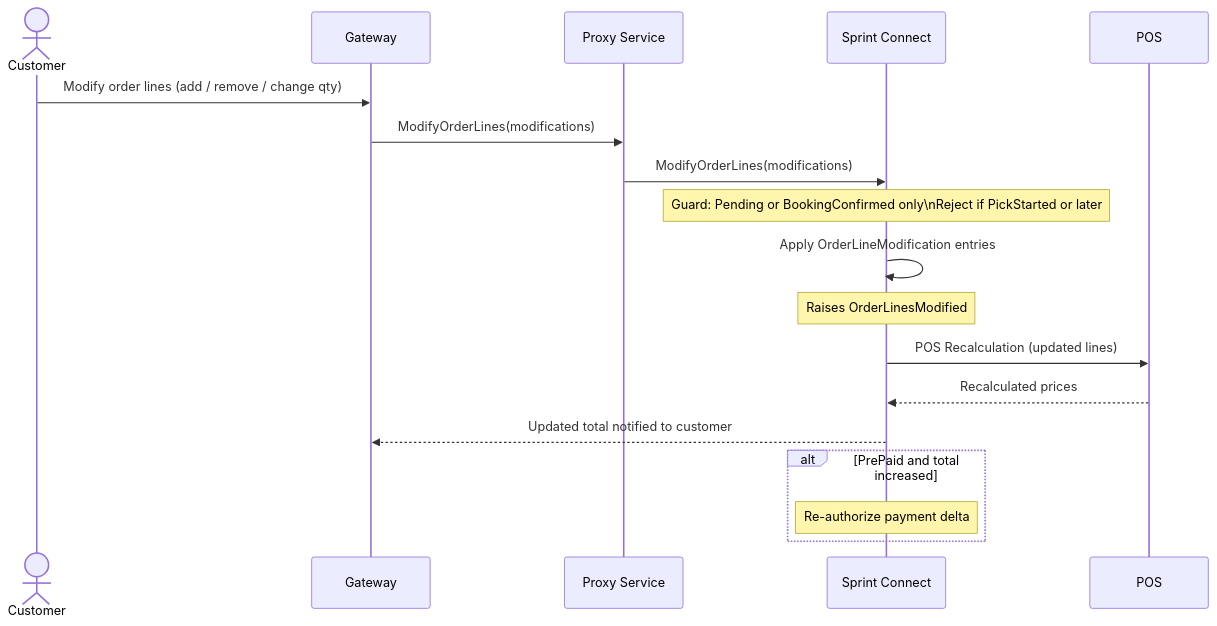
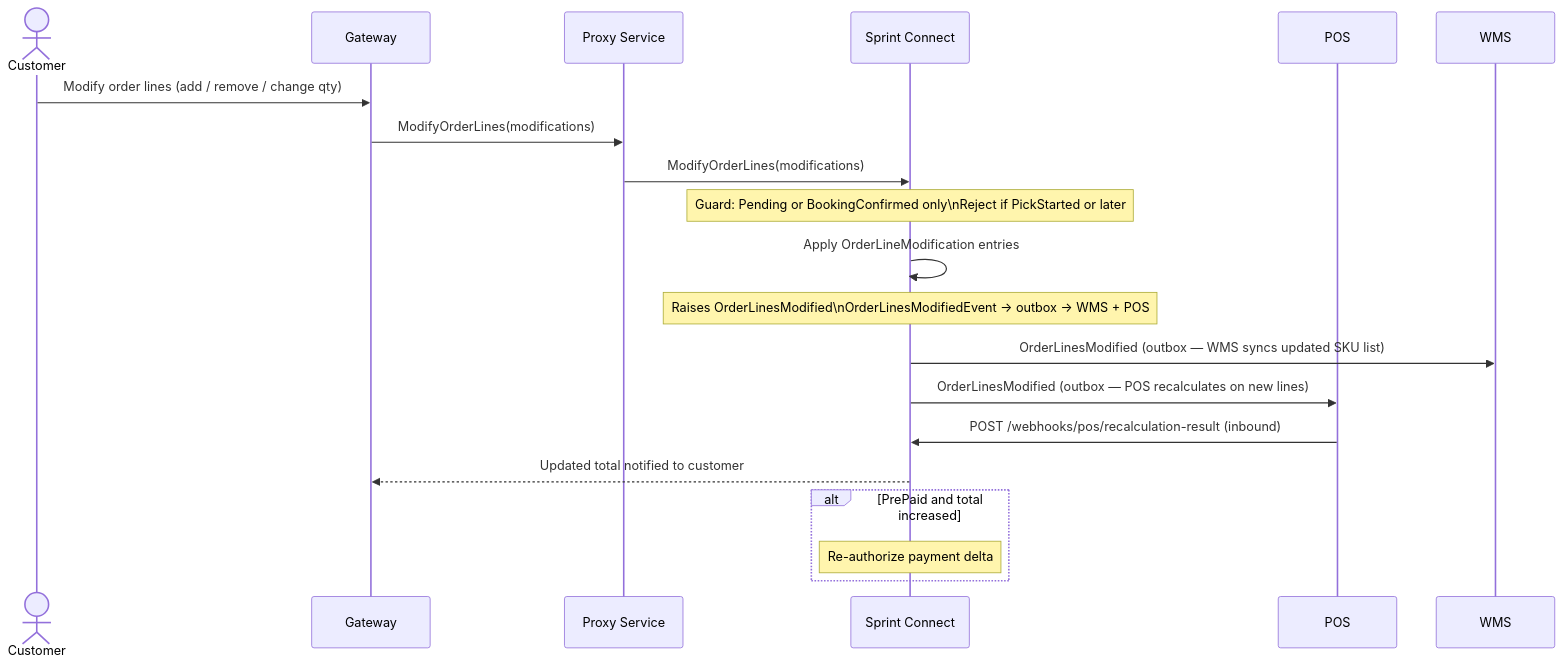
One commit to rosered11/personal-claude changed diagram 12 of 24 in result/oms-sequence-diagrams.md. Above: the diagram before and after it, drawn with Mermaid. The commit also changed other lines of this file and 184 other files, not shown here.

````diff
--- a/result/oms-sequence-diagrams.md
+++ b/result/oms-sequence-diagrams.md
@@ -446,24 +448,25 @@
 ```mermaid
 sequenceDiagram
     actor C as Customer
     participant GW as Gateway
     participant PS as Proxy Service
     participant SC as Sprint Connect
     participant POS as POS
 
     C->>GW: Modify order lines (add / remove / change qty)
     GW->>PS: ModifyOrderLines(modifications)
     PS->>SC: ModifyOrderLines(modifications)
     Note over SC: Guard: Pending or BookingConfirmed only\nReject if PickStarted or later
 
     SC->>SC: Apply OrderLineModification entries
-    Note over SC: Raises OrderLinesModified
+    Note over SC: Raises OrderLinesModified\nOrderLinesModifiedEvent → outbox → WMS + POS
 
-    SC->>POS: POS Recalculation (updated lines)
-    POS-->>SC: Recalculated prices
+    SC->>WMS: OrderLinesModified (outbox — WMS syncs updated SKU list)
+    SC->>POS: OrderLinesModified (outbox — POS recalculates on new lines)
+    POS->>SC: POST /webhooks/pos/recalculation-result (inbound)
     SC-->>GW: Updated total notified to customer
 
     alt PrePaid and total increased
         Note over SC: Re-authorize payment delta
     end
 ```
````
